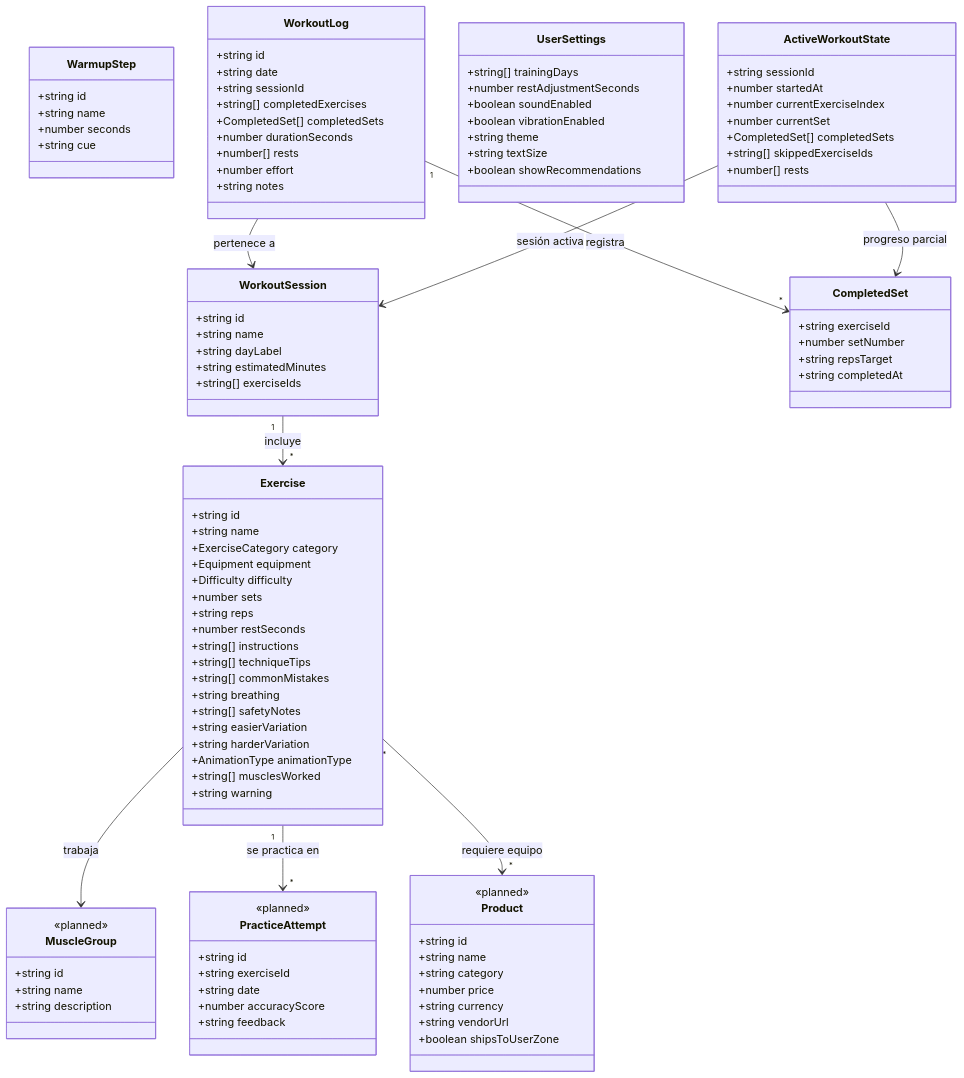
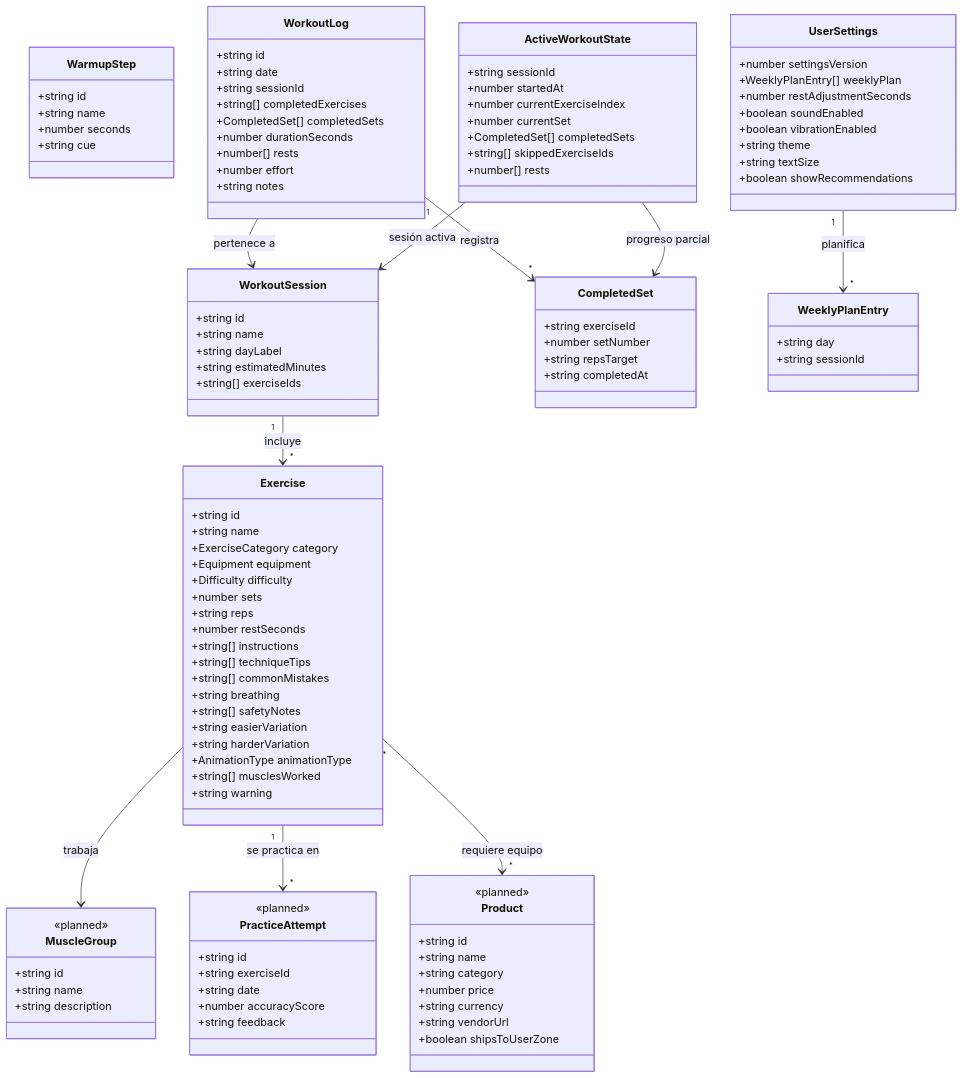
The diagram in docs/DOMAIN_MODEL.md (NetRN86/App-Ejercicio), drawn with Mermaid before and after one commit. The commit also changed 16 other files, not shown here.

```diff
--- a/docs/DOMAIN_MODEL.md
+++ b/docs/DOMAIN_MODEL.md
@@ -62,13 +62,19 @@
     }
 
     class UserSettings {
-        +string[] trainingDays
+        +number settingsVersion
+        +WeeklyPlanEntry[] weeklyPlan
         +number restAdjustmentSeconds
         +boolean soundEnabled
         +boolean vibrationEnabled
         +string theme
         +string textSize
         +boolean showRecommendations
+    }
+
+    class WeeklyPlanEntry {
+        +string day
+        +string sessionId
     }
 
     class ActiveWorkoutState {
@@ -111,6 +117,7 @@
     WorkoutSession "1" --> "*" Exercise : incluye
     WorkoutLog "1" --> "*" CompletedSet : registra
     WorkoutLog --> WorkoutSession : pertenece a
+    UserSettings "1" --> "*" WeeklyPlanEntry : planifica
     ActiveWorkoutState --> WorkoutSession : sesión activa
     ActiveWorkoutState --> CompletedSet : progreso parcial
     Exercise --> MuscleGroup : trabaja
```
